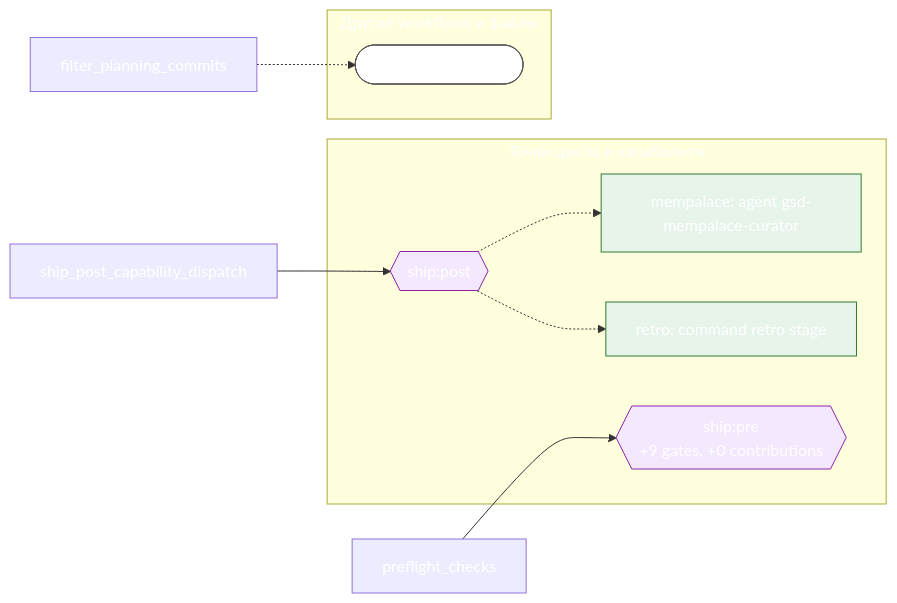
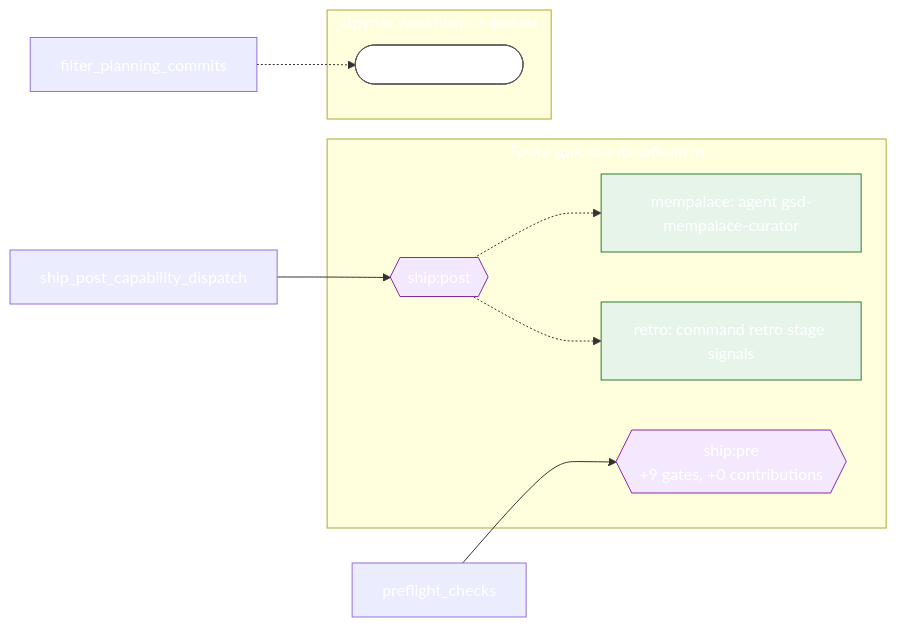
One commit to Govorin/gsd-core changed the second of 2 diagrams in docs/reference/workflow-maps/ship.md. Above: the diagram before and after it, drawn with Mermaid. The commit also changed 3 other files, not shown here.

````diff
--- a/docs/reference/workflow-maps/ship.md
+++ b/docs/reference/workflow-maps/ship.md
@@ -53,30 +53,30 @@
 ```mermaid
 flowchart LR
   subgraph g_points["Точки цикла и капабилити"]
     p_ship_post{{"ship#58;post"}}:::point
     c_ship_post_mempalace_agent_gsd_mempalace_curator["mempalace#58; agent gsd-mempalace-curator"]:::capability
-    c_ship_post_retro_command_retro_stage["retro#58; command retro stage"]:::capability
+    c_ship_post_retro_command_retro_stage_signals["retro#58; command retro stage signals"]:::capability
     p_ship_pre{{"ship#58;pre<br/>+9 gates, +0 contributions"}}:::point
   end
   subgraph g_files["Другие workflows и файлы"]
     w_gsd_core_workflows_pr_branch_md(["workflow#58; pr-branch"]):::workflow
   end
   u_step_preflight_checks["preflight_checks"]
   u_step_filter_planning_commits["filter_planning_commits"]
   u_step_ship_post_capability_dispatch["ship_post_capability_dispatch"]
   p_ship_post -.-> c_ship_post_mempalace_agent_gsd_mempalace_curator
-  p_ship_post -.-> c_ship_post_retro_command_retro_stage
+  p_ship_post -.-> c_ship_post_retro_command_retro_stage_signals
   u_step_ship_post_capability_dispatch --> p_ship_post
   u_step_preflight_checks --> p_ship_pre
   u_step_filter_planning_commits -.-> w_gsd_core_workflows_pr_branch_md
   classDef missing fill:#fdecea,stroke:#d33,stroke-dasharray:4 3
   classDef unparsed fill:#f5f5f5,stroke:#999999,stroke-dasharray:4 3,color:#555
   classDef conditional fill:#fff8e1,stroke:#b28704
   classDef root fill:#263238,color:#ffffff,stroke:#263238
   classDef agent fill:#e8f0fe,stroke:#3367d6
   classDef builtin fill:#eeeeee,stroke:#777777
   classDef capability fill:#e6f4ea,stroke:#2e7d32
   classDef dynamic fill:#f2f2f2,stroke:#888,stroke-dasharray:2 2
   classDef point fill:#f3e8fd,stroke:#8e24aa
   classDef workflow fill:#ffffff,stroke:#555555
 ```
````
